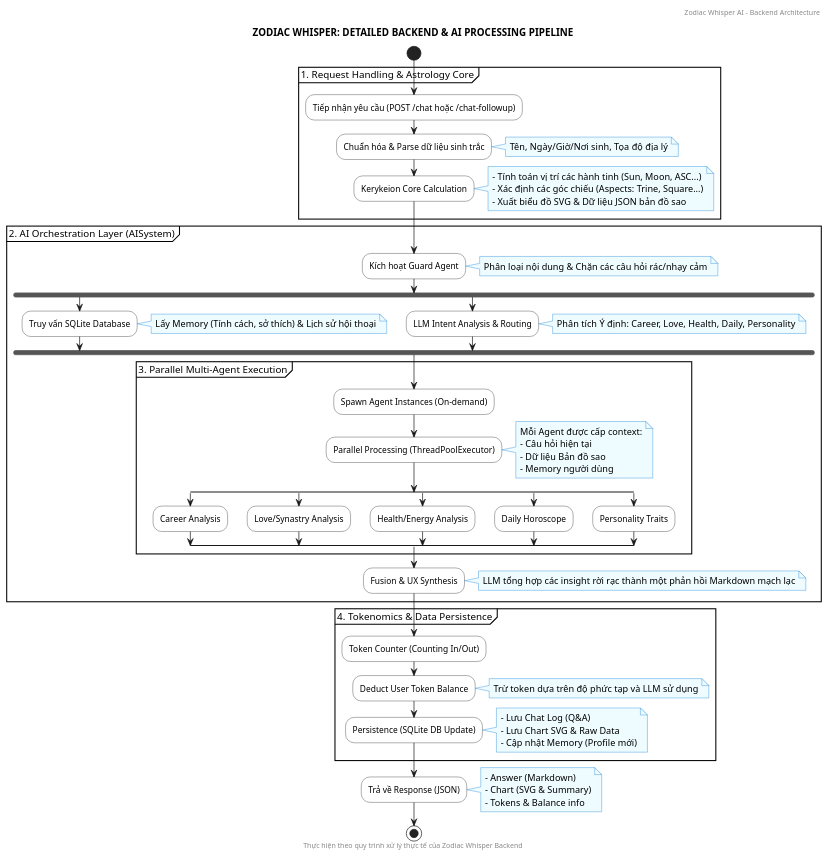
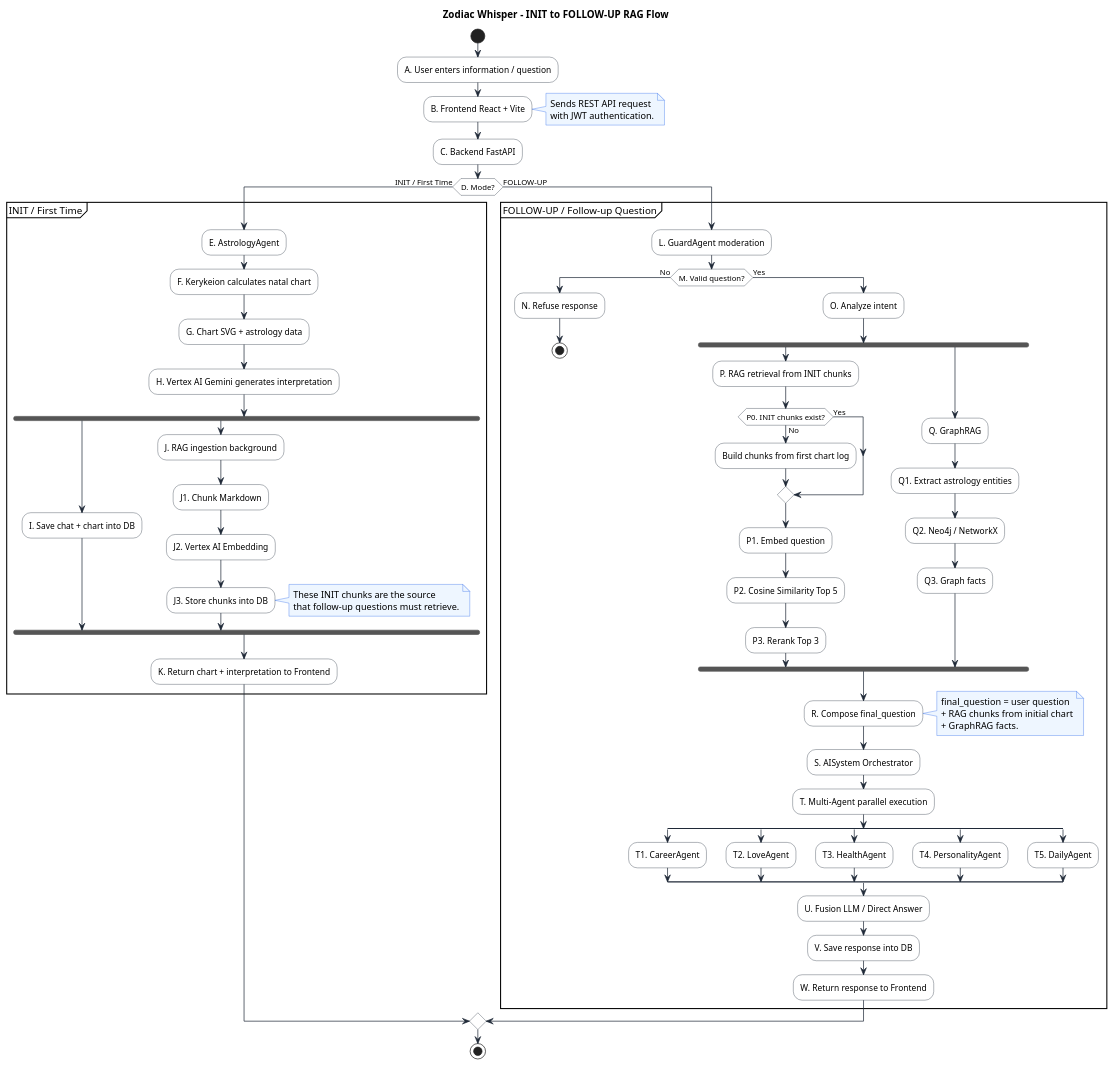
One commit to klam32/Zodiac-App changed the diagram in system_pipeline.puml. Above: the diagram before and after it, drawn with PlantUML. The commit also changed 124 other files, not shown here.

Commit message:
Optimize chart speed, fix real-time streaming text spacing, and fix CORS for mobile login

```diff
--- a/system_pipeline.puml
+++ b/system_pipeline.puml
@@ -1,97 +1,101 @@
-@startuml Zodiac_Whisper_Backend_Processing
+@startuml Zodiac_Whisper_Full_RAG_Flow
 
-header Zodiac Whisper AI - Backend Architecture
-title ZODIAC WHISPER: DETAILED BACKEND & AI PROCESSING PIPELINE
-
+title Zodiac Whisper - INIT to FOLLOW-UP RAG Flow
 skinparam shadowing false
 skinparam activity {
-    BackgroundColor #ffffff
-    BorderColor #1a1a1a
-    ArrowColor #1a1a1a
+  BackgroundColor #ffffff
+  BorderColor #1f2937
+  ArrowColor #1f2937
 }
 skinparam note {
-    BackgroundColor #eefbff
-    BorderColor #0078d4
+  BackgroundColor #eef6ff
+  BorderColor #2563eb
 }
 
 start
+:A. User enters information / question;
+:B. Frontend React + Vite;
+note right
+  Sends REST API request
+  with JWT authentication.
+end note
+:C. Backend FastAPI;
 
-partition "1. Request Handling & Astrology Core" {
-    :Tiếp nhận yêu cầu (POST /chat hoặc /chat-followup);
-    
-    :Chuẩn hóa & Parse dữ liệu sinh trắc;
-    note right: Tên, Ngày/Giờ/Nơi sinh, Tọa độ địa lý
-    
-    :Kerykeion Core Calculation;
-    note right
-        - Tính toán vị trí các hành tinh (Sun, Moon, ASC...)
-        - Xác định các góc chiếu (Aspects: Trine, Square...)
-        - Xuất biểu đồ SVG & Dữ liệu JSON bản đồ sao
-    end note
-}
-
-partition "2. AI Orchestration Layer (AISystem)" {
-    :Kích hoạt Guard Agent;
-    note right: Phân loại nội dung & Chặn các câu hỏi rác/nhạy cảm
+if (D. Mode?) then (INIT / First Time)
+  partition "INIT / First Time" {
+    :E. AstrologyAgent;
+    :F. Kerykeion calculates natal chart;
+    :G. Chart SVG + astrology data;
+    :H. Vertex AI Gemini generates interpretation;
 
     fork
-        :Truy vấn SQLite Database;
-        note right: Lấy Memory (Tính cách, sở thích) & Lịch sử hội thoại
+      :I. Save chat + chart into DB;
     fork again
-        :LLM Intent Analysis & Routing;
-        note right: Phân tích Ý định: Career, Love, Health, Daily, Personality
+      :J. RAG ingestion background;
+      :J1. Chunk Markdown;
+      :J2. Vertex AI Embedding;
+      :J3. Store chunks into DB;
+      note right
+        These INIT chunks are the source
+        that follow-up questions must retrieve.
+      end note
     end fork
 
-    partition "3. Parallel Multi-Agent Execution" {
-        :Spawn Agent Instances (On-demand);
-        
-        :Parallel Processing (ThreadPoolExecutor);
-        note right
-            Mỗi Agent được cấp context:
-            - Câu hỏi hiện tại
-            - Dữ liệu Bản đồ sao
-            - Memory người dùng
-        end note
-        
-        split
-            :Career Analysis;
-        split again
-            :Love/Synastry Analysis;
-        split again
-            :Health/Energy Analysis;
-        split again
-            :Daily Horoscope;
-        split again
-            :Personality Traits;
-        end split
-    }
+    :K. Return chart + interpretation to Frontend;
+  }
+else (FOLLOW-UP)
+  partition "FOLLOW-UP / Follow-up Question" {
+    :L. GuardAgent moderation;
+    if (M. Valid question?) then (No)
+      :N. Refuse response;
+      stop
+    else (Yes)
+      :O. Analyze intent;
 
-    :Fusion & UX Synthesis;
-    note right: LLM tổng hợp các insight rời rạc thành một phản hồi Markdown mạch lạc
-}
+      fork
+        :P. RAG retrieval from INIT chunks;
+        if (P0. INIT chunks exist?) then (Yes)
+        else (No)
+          :Build chunks from first chart log;
+        endif
+        :P1. Embed question;
+        :P2. Cosine Similarity Top 5;
+        :P3. Rerank Top 3;
+      fork again
+        :Q. GraphRAG;
+        :Q1. Extract astrology entities;
+        :Q2. Neo4j / NetworkX;
+        :Q3. Graph facts;
+      end fork
 
-partition "4. Tokenomics & Data Persistence" {
-    :Token Counter (Counting In/Out);
-    
-    :Deduct User Token Balance;
-    note right: Trừ token dựa trên độ phức tạp và LLM sử dụng
-    
-    :Persistence (SQLite DB Update);
-    note right
-        - Lưu Chat Log (Q&A)
-        - Lưu Chart SVG & Raw Data
-        - Cập nhật Memory (Profile mới)
-    end note
-}
+      :R. Compose final_question;
+      note right
+        final_question = user question
+        + RAG chunks from initial chart
+        + GraphRAG facts.
+      end note
 
-:Trả về Response (JSON);
-note right
-    - Answer (Markdown)
-    - Chart (SVG & Summary)
-    - Tokens & Balance info
-end note
+      :S. AISystem Orchestrator;
+      :T. Multi-Agent parallel execution;
+      split
+        :T1. CareerAgent;
+      split again
+        :T2. LoveAgent;
+      split again
+        :T3. HealthAgent;
+      split again
+        :T4. PersonalityAgent;
+      split again
+        :T5. DailyAgent;
+      end split
+
+      :U. Fusion LLM / Direct Answer;
+      :V. Save response into DB;
+      :W. Return response to Frontend;
+    endif
+  }
+endif
 
 stop
 
-footer Thực hiện theo quy trình xử lý thực tế của Zodiac Whisper Backend
 @enduml
```
